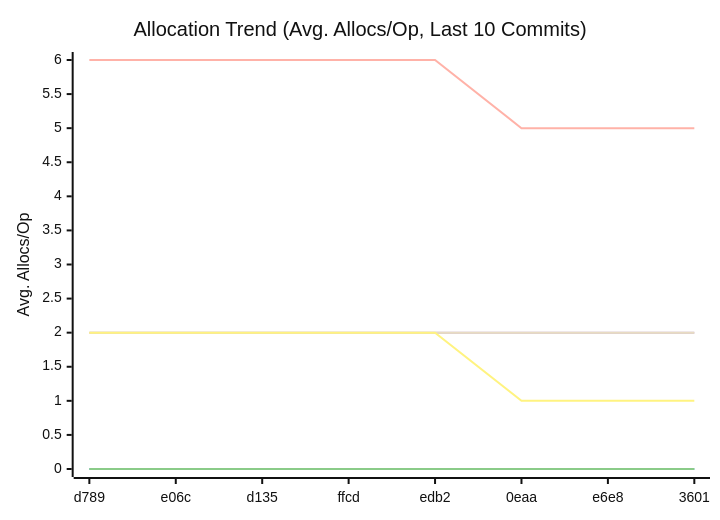
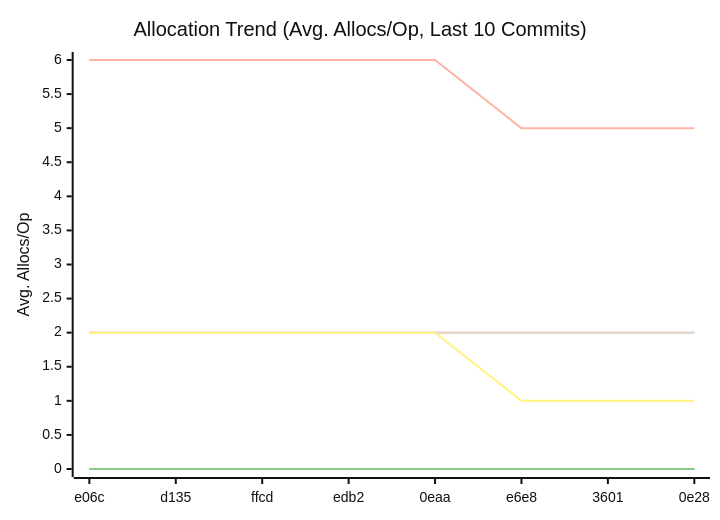
One commit to alsotoes/momo changed the third of 3 diagrams in docs/README.md. Above: the diagram before and after it, drawn with Mermaid (neutral theme). The commit also changed other lines of this file and 1 other file, not shown here.

````diff
--- a/docs/README.md
+++ b/docs/README.md
@@ -333,14 +333,14 @@
 ```mermaid
 xychart-beta
     title "Allocation Trend (Avg. Allocs/Op, Last 10 Commits)"
     x-axis "Commit"
     y-axis "Avg. Allocs/Op"
-    x-axis [d789,e06c,d135,ffcd,edb2,0eaa,e6e8,3601]
+    x-axis [e06c,d135,ffcd,edb2,0eaa,e6e8,3601,0e28]
     line "CheckMetricsAndSwap" [0,0,0,0,0,0,0,0,0,0]
     line "IndexDirectTracking" [0,0,0,0,0,0,0,0,0,0]
     line "IndexSearch" [0,0,0,0,0,0,0,0,0,0]
     line "LoadGlobalConfig" [2,2,2,2,2,2,2,2,2,2]
     line "PadString" [2,2,2,2,2,2,2,2,2,2]
     line "ParseReplicationOrder_NoPrealloc" [6,6,6,6,6,5,5,5,5,5]
     line "ParseReplicationOrder_Prealloc" [2,2,2,2,2,1,1,1,1,1]
 ```
````
